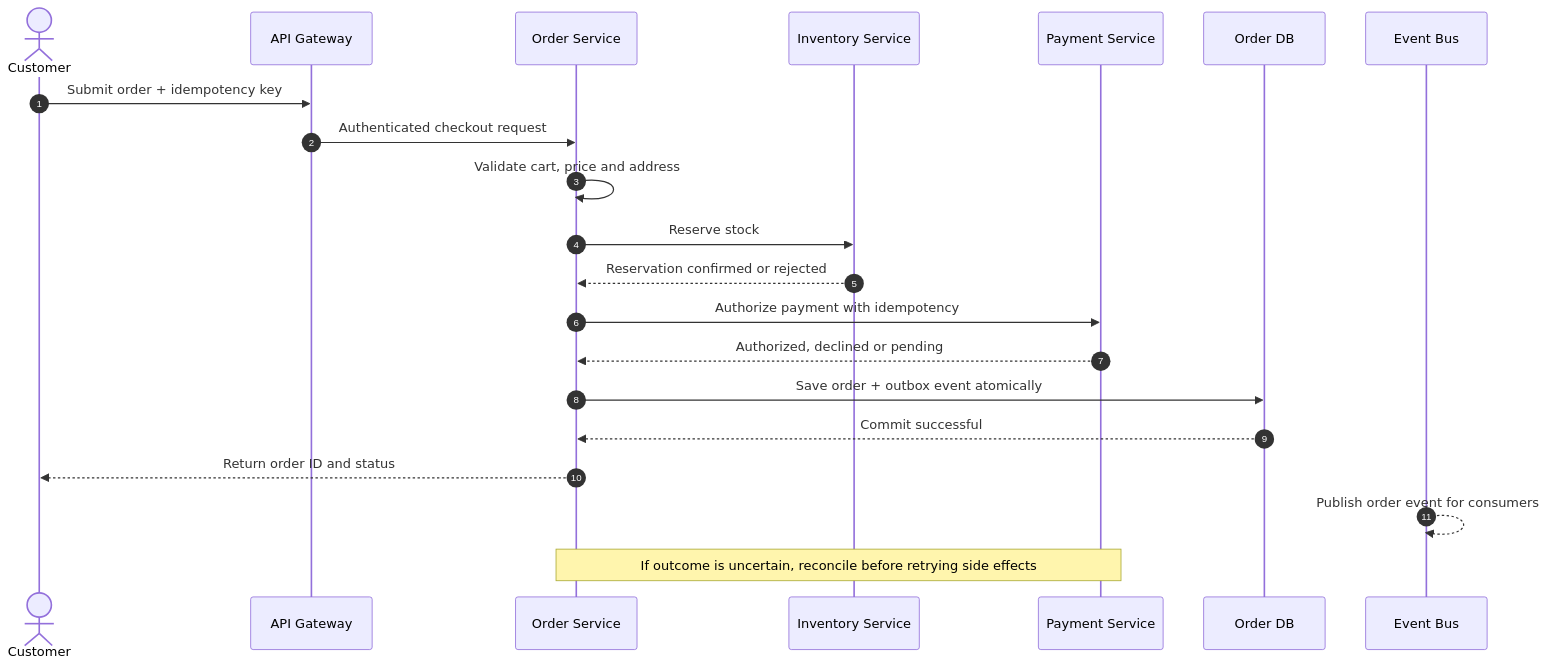
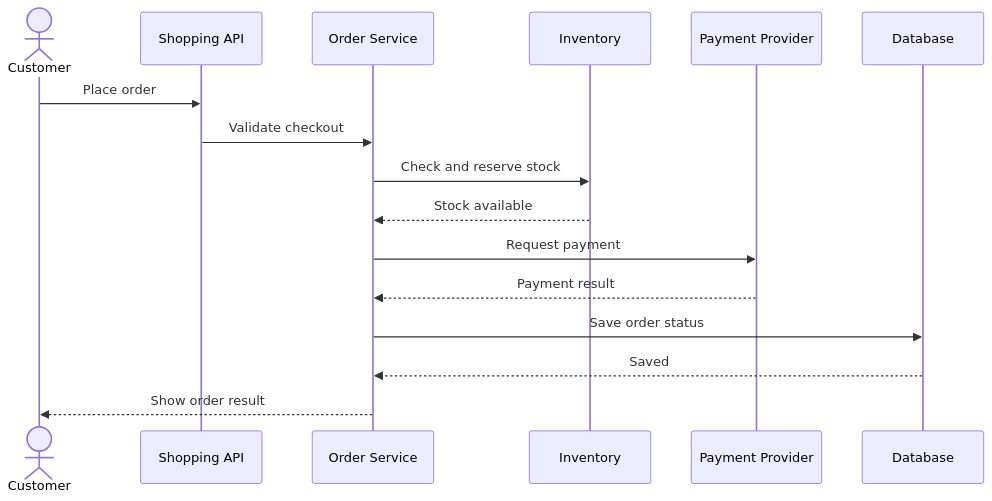
The second of 9 diagrams in System-Design/01-E-Commerce-Amazon.md (azam123/Engineering-Interview-Prep), drawn with Mermaid before and after one commit. The commit also changed other lines of this file, not shown here.

```diff
--- a/System-Design/01-E-Commerce-Amazon.md
+++ b/System-Design/01-E-Commerce-Amazon.md
@@ -185,23 +143,18 @@
 ~~~mermaid
 sequenceDiagram
-    autonumber
     actor C as Customer
-    participant G as API Gateway
+    participant A as Shopping API
     participant O as Order Service
-    participant I as Inventory Service
-    participant P as Payment Service
-    participant D as Order DB
-    participant Q as Event Bus
-    C->>G: Submit order + idempotency key
-    G->>O: Authenticated checkout request
-    O->>O: Validate cart, price and address
-    O->>I: Reserve stock
-    I-->>O: Reservation confirmed or rejected
-    O->>P: Authorize payment with idempotency
-    P-->>O: Authorized, declined or pending
-    O->>D: Save order + outbox event atomically
-    D-->>O: Commit successful
-    O-->>C: Return order ID and status
-    Q-->>Q: Publish order event for consumers
-    Note over O,P: If outcome is uncertain, reconcile before retrying side effects
+    participant I as Inventory
+    participant P as Payment Provider
+    participant D as Database
+    C->>A: Place order
+    A->>O: Validate checkout
+    O->>I: Check and reserve stock
+    I-->>O: Stock available
+    O->>P: Request payment
+    P-->>O: Payment result
+    O->>D: Save order status
+    D-->>O: Saved
+    O-->>C: Show order result
 ~~~
```
